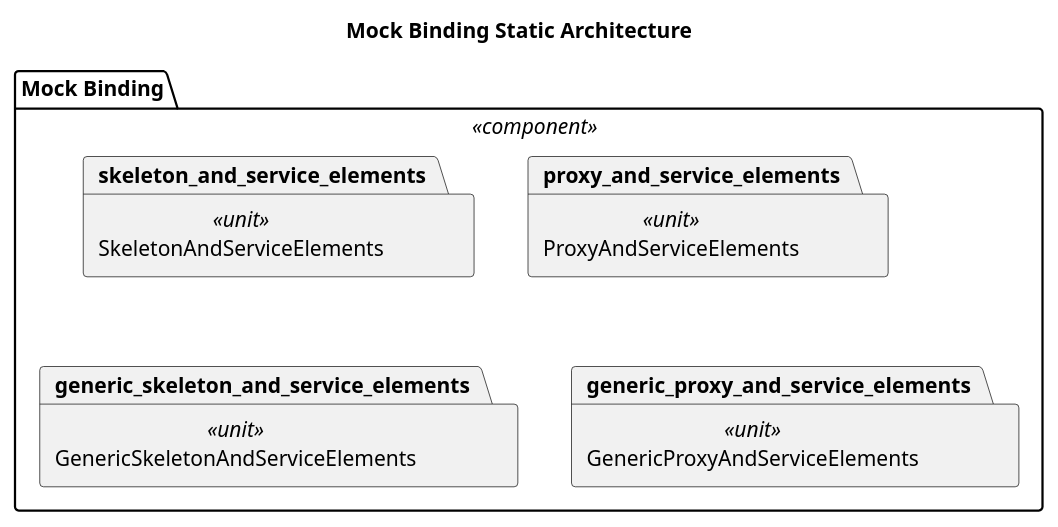
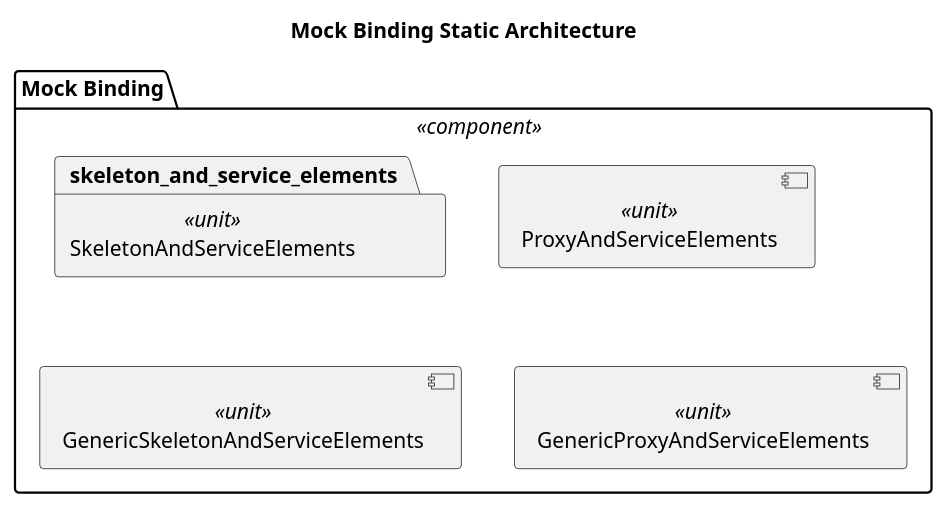
The diagram in score/mw/com/dependability/architectural_design/static_design/mock_binding.puml (eclipse-score/communication), drawn with PlantUML before and after one commit. The commit also changed 3 other files, not shown here.

First line of the commit message:
safety_sentinel: Use component instead of package keyword

```diff
--- a/score/mw/com/dependability/architectural_design/static_design/mock_binding.puml
+++ b/score/mw/com/dependability/architectural_design/static_design/mock_binding.puml
@@ -13,14 +13,14 @@
 @startuml safety_sentinel_mock_binding_design
 title "Mock Binding Static Architecture"
 
 package "Mock Binding" as mock_binding <<component>> {
   package "SkeletonAndServiceElements" as skeleton_and_service_elements <<unit>>  
 
-  package "ProxyAndServiceElements" as proxy_and_service_elements <<unit>>  
+  component "ProxyAndServiceElements" as proxy_and_service_elements <<unit>>  
 
-  package "GenericSkeletonAndServiceElements" as generic_skeleton_and_service_elements <<unit>>  
+  component "GenericSkeletonAndServiceElements" as generic_skeleton_and_service_elements <<unit>>  
 
-  package "GenericProxyAndServiceElements" as generic_proxy_and_service_elements <<unit>>  
+  component "GenericProxyAndServiceElements" as generic_proxy_and_service_elements <<unit>>  
 }
 
 @enduml
```
